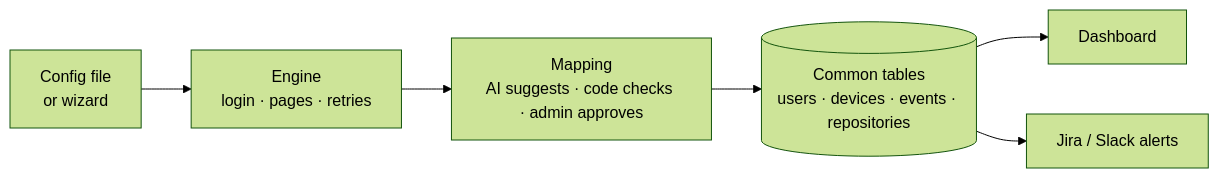
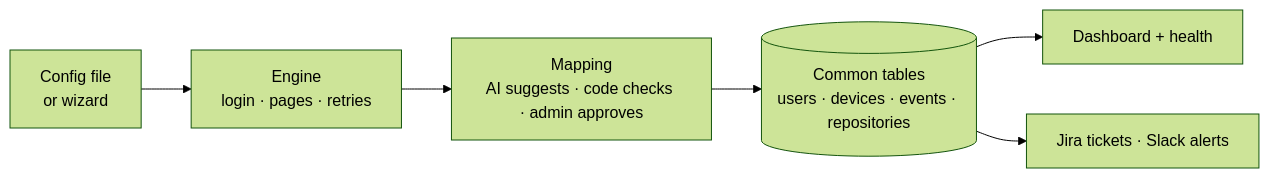
The diagram in README.md (Santhosh121805/Code-driven-Aura-), drawn with Mermaid (forest theme) before and after one commit. The commit also changed other lines of this file, not shown here.

````diff
--- a/README.md
+++ b/README.md
@@ -30,8 +33,8 @@
 ```mermaid
 flowchart LR
     A["Config file<br/>or wizard"] --> B["Engine<br/>login · pages · retries"]
     B --> C["Mapping<br/>AI suggests · code checks · admin approves"]
     C --> D[("Common tables<br/>users · devices · events · repositories")]
-    D --> E["Dashboard"]
-    D --> F["Jira / Slack alerts"]
+    D --> E["Dashboard + health"]
+    D --> F["Jira tickets · Slack alerts"]
 ```
````
